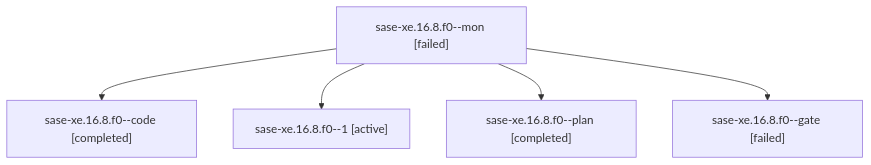
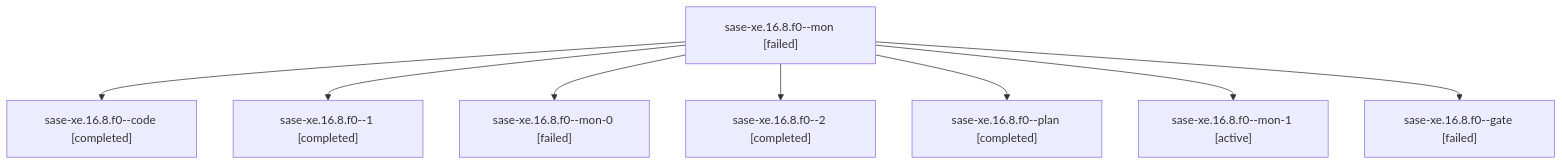
One commit to sase-org/sase--agents changed the diagram in families/bbugyi200.athena.sase-xe.16.8.f0.md. Above: the diagram before and after it, drawn with Mermaid. The commit also changed other lines of this file and 113 other files, not shown here.

````diff
--- a/families/bbugyi200.athena.sase-xe.16.8.f0.md
+++ b/families/bbugyi200.athena.sase-xe.16.8.f0.md
@@ -9,12 +9,18 @@
 ```mermaid
 flowchart TD
   n0["sase-xe.16.8.f0--mon [failed]"]
   n1["sase-xe.16.8.f0--code [completed]"]
   n0 --> n1
-  n2["sase-xe.16.8.f0--1 [active]"]
+  n2["sase-xe.16.8.f0--1 [completed]"]
   n0 --> n2
-  n3["sase-xe.16.8.f0--plan [completed]"]
+  n3["sase-xe.16.8.f0--mon-0 [failed]"]
   n0 --> n3
-  n4["sase-xe.16.8.f0--gate [failed]"]
+  n4["sase-xe.16.8.f0--2 [completed]"]
   n0 --> n4
+  n5["sase-xe.16.8.f0--plan [completed]"]
+  n0 --> n5
+  n6["sase-xe.16.8.f0--mon-1 [active]"]
+  n0 --> n6
+  n7["sase-xe.16.8.f0--gate [failed]"]
+  n0 --> n7
 ```
````
